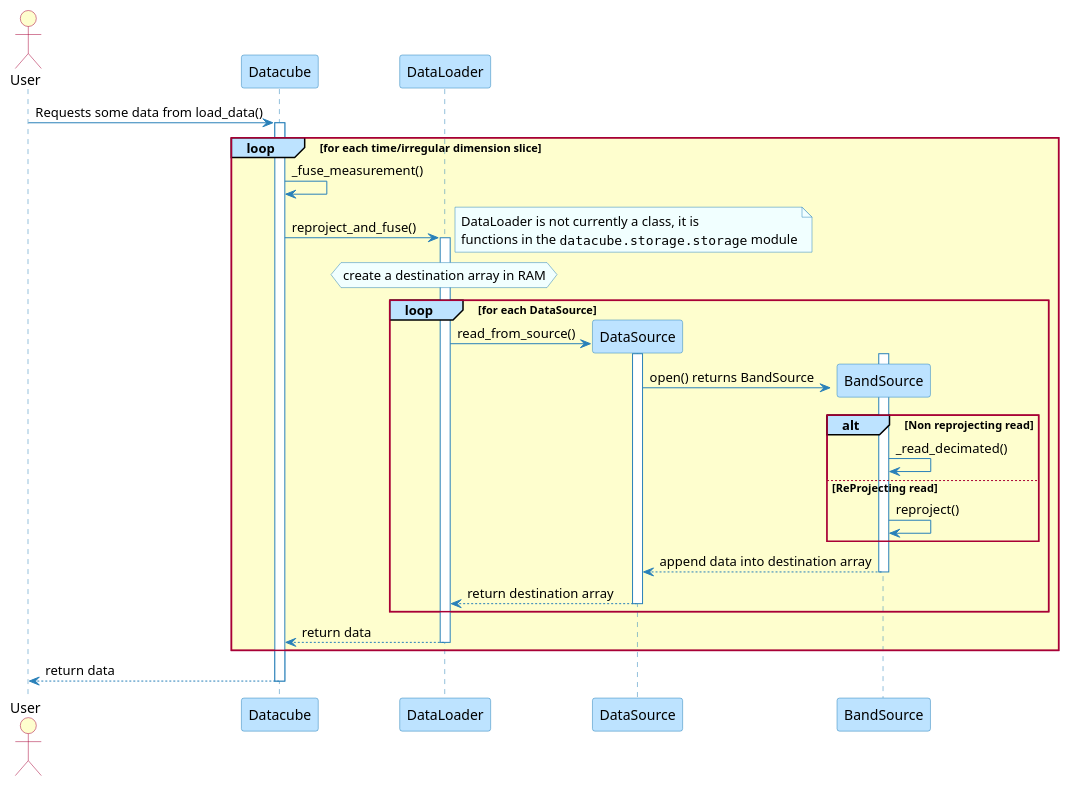
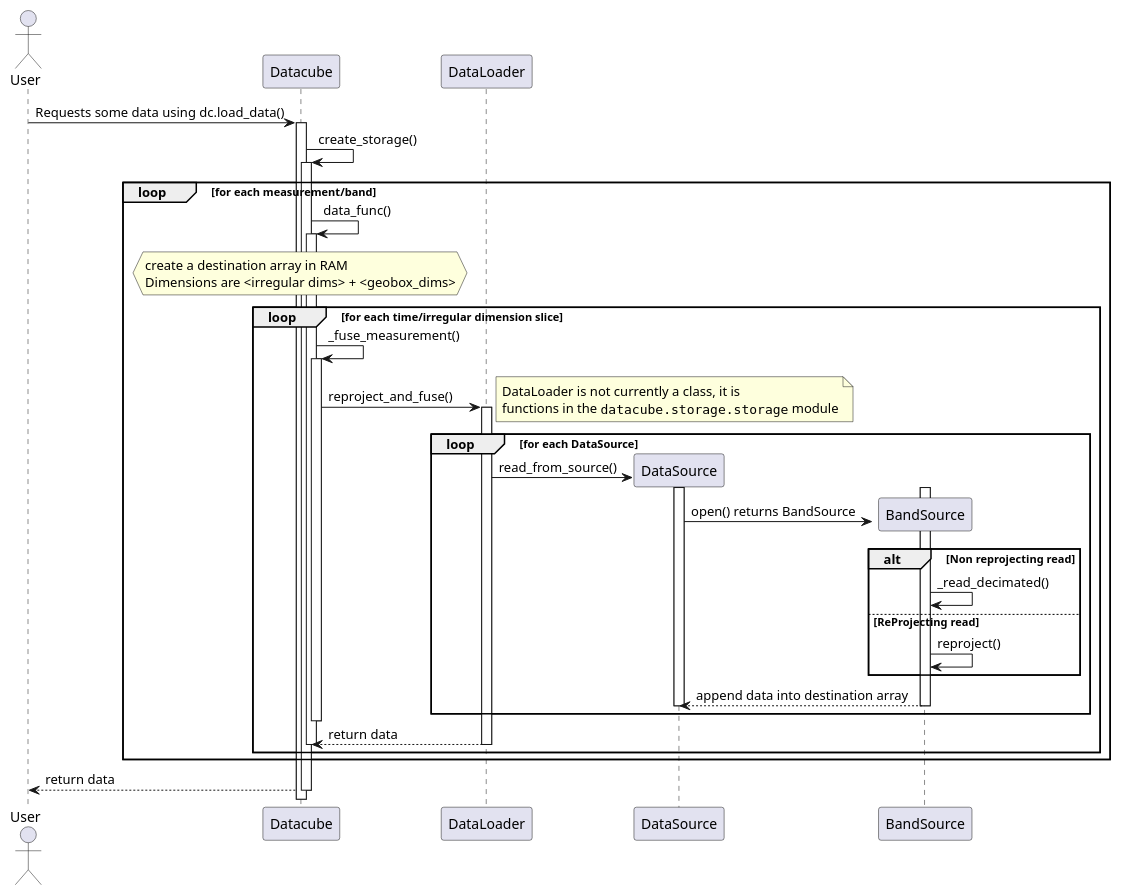
The diagram in docs/diagrams/current_data_read_process.plantuml (loicdtx/datacube-core), drawn with PlantUML before and after one commit. The commit also changed 10 other files, not shown here.

Commit message:
Add class and sequence diagrams to help explain data load process

```diff
--- a/docs/diagrams/current_data_read_process.plantuml
+++ b/docs/diagrams/current_data_read_process.plantuml
@@ -1,107 +1,60 @@
-@startuml current-data-read
-skinparam backgroundColor white
+@startuml
 
-skinparam note {
-    BackgroundColor #F1FFFF
-    BorderColor #2980B9
-}
-
-skinparam activity {
-    BackgroundColor #BDE3FF
-    ArrowColor #2980B9
-    BorderColor #2980B9
-    StartColor #227BC6
-    EndColor #227BC6
-    BarColor #227BC6
-}
-
-skinparam sequence {
-    ArrowColor  #2980B9
-    DividerBackgroundColor  #BDE3FF
-    GroupBackgroundColor    #BDE3FF
-    LifeLineBackgroundColor white
-    LifeLineBorderColor #2980B9
-    ParticipantBackgroundColor  #BDE3FF
-    ParticipantBorderColor  #2980B9
-    BoxLineColor    #2980B9
-    BoxBackgroundColor  #DDDDDD
-}
-
-skinparam actorBackgroundColor #FEFECE
-skinparam actorBorderColor    #A80036
-
-skinparam usecaseArrowColor   #A80036
-skinparam usecaseBackgroundColor  #FEFECE
-skinparam usecaseBorderColor  #A80036
-
-skinparam classArrowColor #A80036
-skinparam classBackgroundColor    #FEFECE
-skinparam classBorderColor    #A80036
-
-skinparam objectArrowColor    #A80036
-skinparam objectBackgroundColor   #FEFECE
-skinparam objectBorderColor   #A80036
-
-skinparam packageBackgroundColor  #FEFECE
-skinparam packageBorderColor  #A80036
-
-skinparam stereotypeCBackgroundColor  #ADD1B2
-skinparam stereotypeABackgroundColor  #A9DCDF
-skinparam stereotypeIBackgroundColor  #B4A7E5
-skinparam stereotypeEBackgroundColor  #EB937F
-
-skinparam componentArrowColor #A80036
-skinparam componentBackgroundColor    #FEFECE
-skinparam componentBorderColor    #A80036
-skinparam componentInterfaceBackgroundColor   #FEFECE
-skinparam componentInterfaceBorderColor   #A80036
-
-skinparam stateBackgroundColor #BDE3FF
-skinparam stateBorderColor #2980B9
-skinparam stateArrowColor #2980B9
-skinparam stateStartColor black
-skinparam stateEndColor   black
+'!include ..\datacube-core\docs\plantuml.cfg
 
 actor User
 
+participant Datacube
 
-User -> Datacube: Requests some data from load_data()
+
+User -> Datacube: Requests some data using dc.load_data()
 activate Datacube
 
-loop for each time/irregular dimension slice
-  Datacube -> Datacube: _fuse_measurement()
-  Datacube -> DataLoader:  reproject_and_fuse()
-  note right
-    DataLoader is not currently a class, it is 
-    functions in the ""datacube.storage.storage"" module
+Datacube -> Datacube: create_storage()
+activate Datacube
+loop for each measurement/band
+  Datacube -> Datacube: data_func()
+  activate Datacube
+  hnote over Datacube
+    create a destination array in RAM
+    Dimensions are <irregular dims> + <geobox_dims>
   end note
-  activate DataLoader
-  hnote over DataLoader : create a destination array in RAM
-  loop for each DataSource
-    create DataSource
-    DataLoader -> DataSource: read_from_source()
-    activate DataSource
+  loop for each time/irregular dimension slice
+    Datacube -> Datacube: _fuse_measurement()
+    activate Datacube
+    Datacube -> DataLoader:  reproject_and_fuse()
+    note right
+        DataLoader is not currently a class, it is 
+        functions in the ""datacube.storage.storage"" module
+    end note
+    activate DataLoader
+    loop for each DataSource
+        create DataSource
+        DataLoader -> DataSource: read_from_source()
+        activate DataSource
 
-    create BandSource
-    activate BandSource
-    DataSource -> BandSource: open() returns BandSource
-    alt Non reprojecting read
-        BandSource -> BandSource: _read_decimated()
-    else ReProjecting read
-        BandSource -> BandSource: reproject()
+        create BandSource
+        activate BandSource
+        DataSource -> BandSource: open() returns BandSource
+        alt Non reprojecting read
+            BandSource -> BandSource: _read_decimated()
+        else ReProjecting read
+            BandSource -> BandSource: reproject()
+        end
+        BandSource --> DataSource: append data into destination array
+        deactivate BandSource
+        deactivate DataSource
     end
-    BandSource --> DataSource: append data into destination array
-    deactivate BandSource
-    DataSource --> DataLoader: return destination array
-    deactivate DataSource
+    deactivate Datacube
+    DataLoader --> Datacube: return data
+    deactivate DataLoader
+
+    deactivate Datacube
   end
-  DataLoader --> Datacube: return data
-  deactivate DataLoader
-
 end
 
 Datacube --> User: return data
 deactivate Datacube
 
 
 @enduml
```
